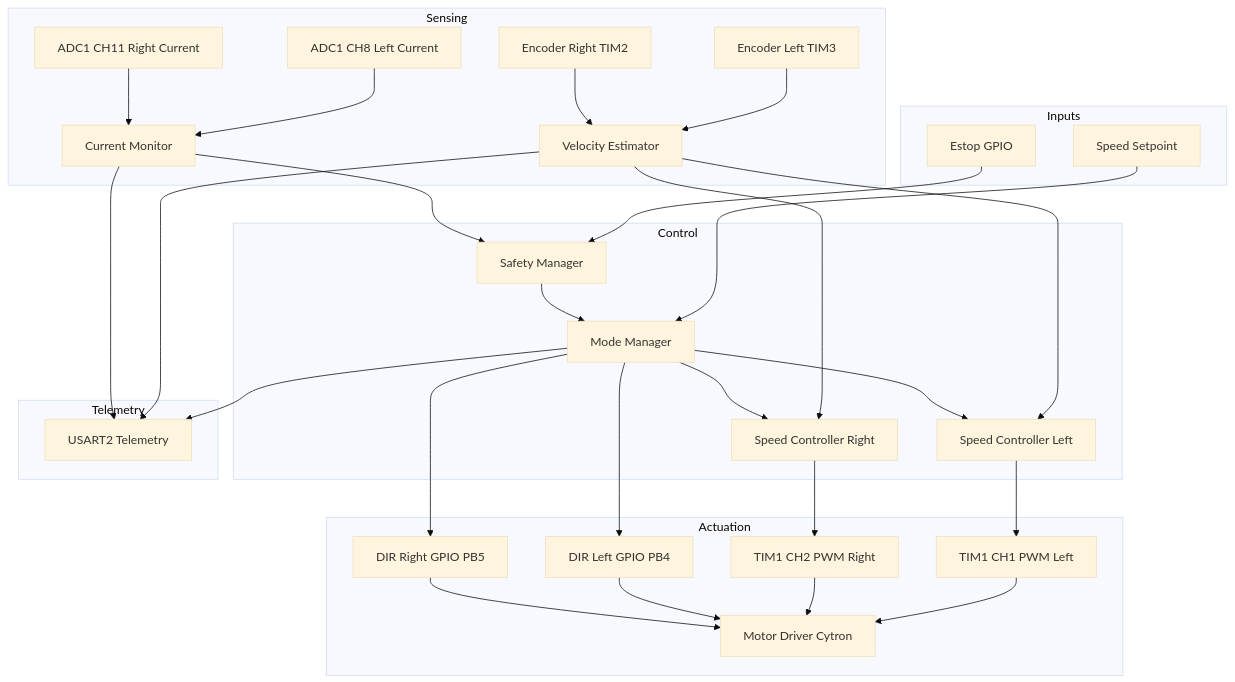
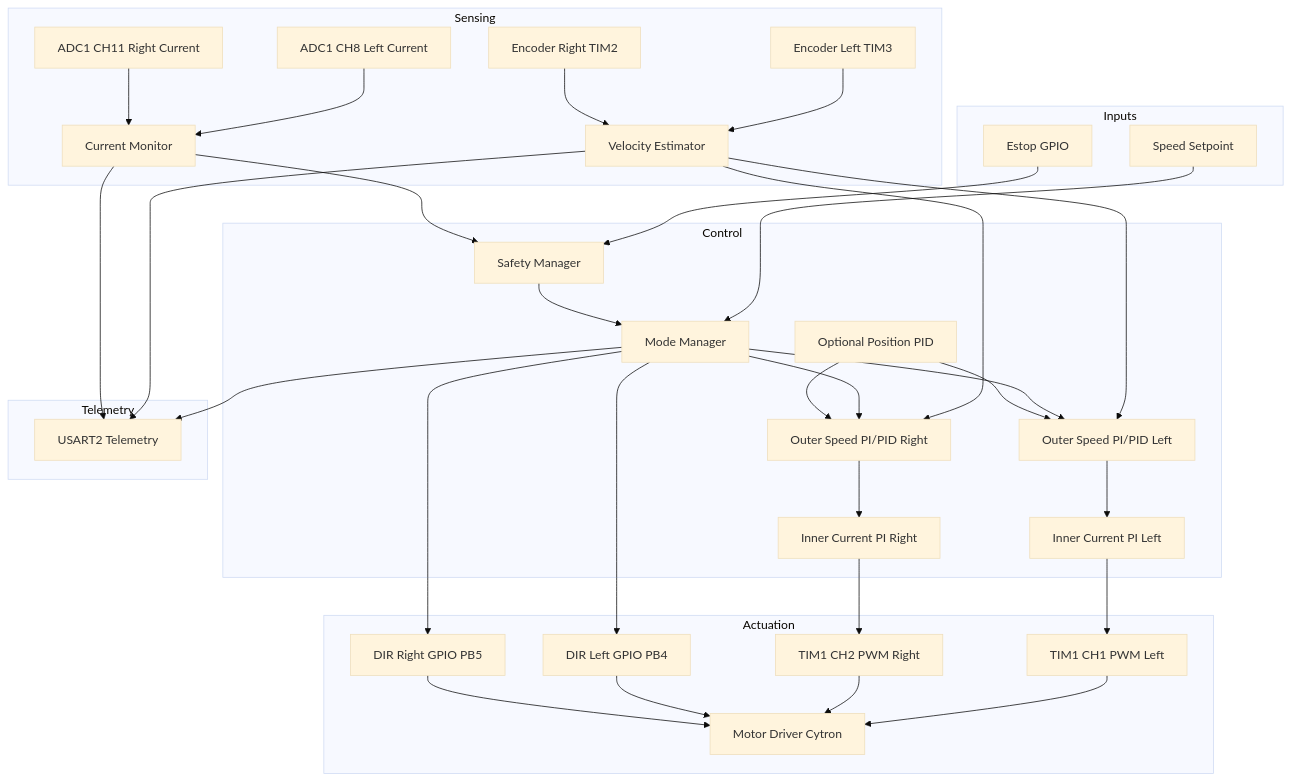
One commit to KartikMehta-1/AMR-development changed the first of 3 diagrams in docs/firmware_motor_control.md. Above: the diagram before and after it, drawn with Mermaid (base theme). The commit also changed other lines of this file and 2 other files, not shown here.

Commit message:
Updated tasks for a cascaded PID based control.

````diff
--- a/docs/firmware_motor_control.md
+++ b/docs/firmware_motor_control.md
@@ -5,66 +5,73 @@
 ```mermaid
 graph TD
   %% High level control architecture
   subgraph Inputs
     CMD[Speed Setpoint]
     ESTOP[Estop GPIO]
   end
 
   subgraph Sensing
     ENC_L[Encoder Left TIM3]
     ENC_R[Encoder Right TIM2]
     ADC_L[ADC1 CH8 Left Current]
     ADC_R[ADC1 CH11 Right Current]
     VEL[Velocity Estimator]
     CUR_MON[Current Monitor]
   end
 
   subgraph Control
     MODE[Mode Manager]
     SAFE[Safety Manager]
-    PIDL[Speed Controller Left]
-    PIDR[Speed Controller Right]
+    I_L[Inner Current PI Left]
+    I_R[Inner Current PI Right]
+    W_L[Outer Speed PI/PID Left]
+    W_R[Outer Speed PI/PID Right]
+    POS[Optional Position PID]
   end
 
   subgraph Actuation
     PWM1[TIM1 CH1 PWM Left]
     PWM2[TIM1 CH2 PWM Right]
     DIRL[DIR Left GPIO PB4]
     DIRR[DIR Right GPIO PB5]
     MDD[Motor Driver Cytron]
   end
 
   subgraph Telemetry
     UART[USART2 Telemetry]
   end
 
   %% Data flow
   CMD --> MODE
   ESTOP --> SAFE
   SAFE --> MODE
 
   ENC_L --> VEL
   ENC_R --> VEL
-  VEL --> PIDL
-  VEL --> PIDR
+  VEL --> W_L
+  VEL --> W_R
 
   ADC_L --> CUR_MON
   ADC_R --> CUR_MON
   CUR_MON --> SAFE
 
-  MODE --> PIDL
-  MODE --> PIDR
-  PIDL --> PWM1
-  PIDR --> PWM2
+  MODE --> W_L
+  MODE --> W_R
+  POS --> W_L
+  POS --> W_R
+  W_L --> I_L
+  W_R --> I_R
+  I_L --> PWM1
+  I_R --> PWM2
   MODE --> DIRL
   MODE --> DIRR
 
   PWM1 --> MDD
   PWM2 --> MDD
   DIRL --> MDD
   DIRR --> MDD
 
   VEL --> UART
   CUR_MON --> UART
   MODE --> UART
 ```
````
